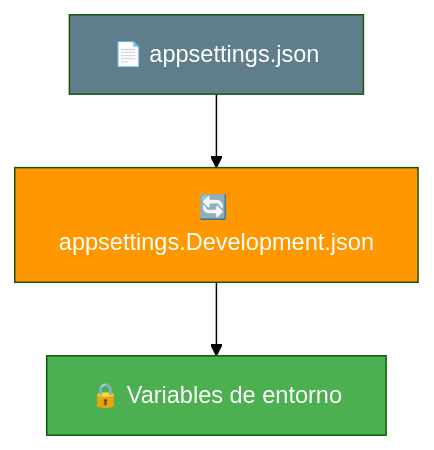
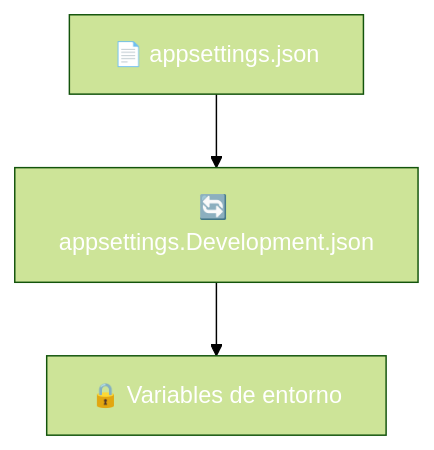
One commit to joseluisgs/DesarrolloWebEntornosServidor-02-2026-2027 changed the sixth of 7 diagrams in 01-conceptos-servicios.md. Above: the diagram before and after it, drawn with Mermaid (forest theme). The commit also changed other lines of this file and 41 other files, not shown here.

````diff
--- a/01-conceptos-servicios.md
+++ b/01-conceptos-servicios.md
@@ -334,8 +334,8 @@
 ```mermaid
 flowchart TB
     A["📄 appsettings.json"] --> B["🔄 appsettings.Development.json"]
     B --> C["🔒 Variables de entorno"]
-    style A fill:#607D8B,color:#fff
-    style B fill:#FF9800,color:#fff
-    style C fill:#4CAF50,color:#fff
+    style A fill:#607D8,color:#fffB,color:#fff
+    style B fill:#FF980,color:#fff0,color:#fff
+    style C fill:#4CAF5,color:#fff0,color:#fff
 ```
````
